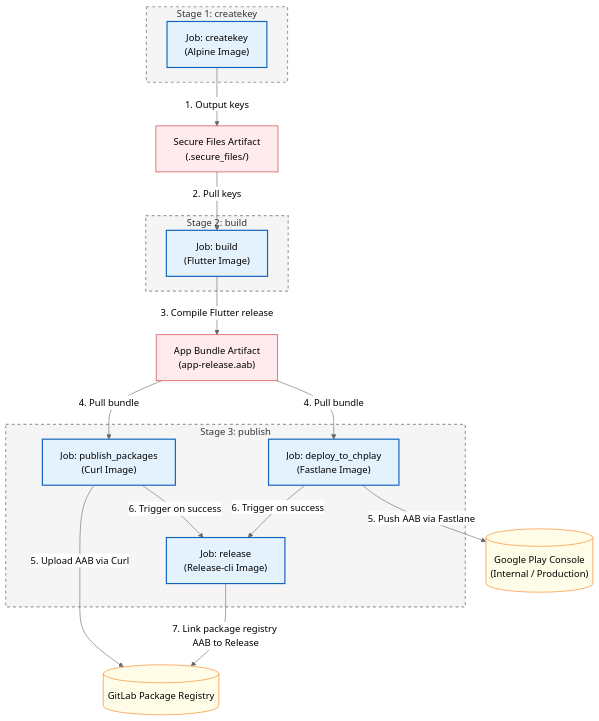
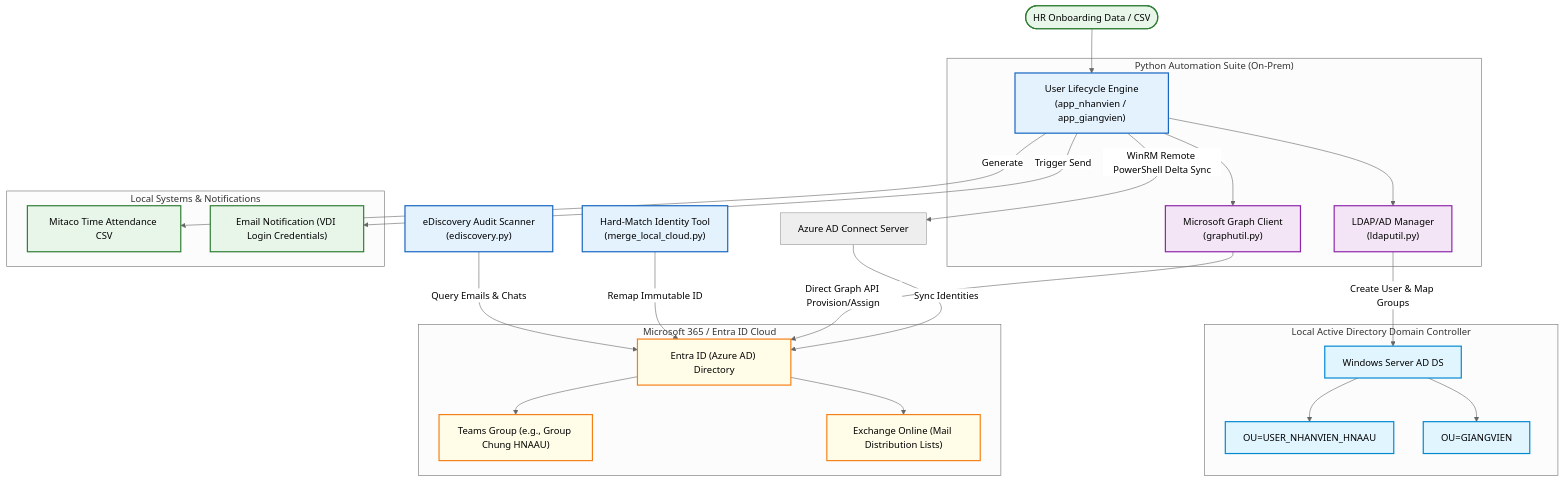
Diagram 13 of 14 in experiment/README.md (tanpham380/tanpham380), drawn with Mermaid (neutral theme) before and after one commit. The commit also changed other lines of this file and 1 other file, not shown here.

Commit message:
refactor: update network topology diagrams and document technical specifications for hybrid MPLS/L2VPN routing and STP loop prevention protocols.

````diff
--- a/experiment/README.md
+++ b/experiment/README.md
@@ -650,48 +1199,57 @@
 ```mermaid
 graph TD
-    classDef stage fill:#f5f5f5,stroke:#9e9e9e,stroke-width:2px,stroke-dasharray: 5 5;
-    classDef job fill:#e3f2fd,stroke:#1565c0,stroke-width:2px;
-    classDef artifact fill:#ffebee,stroke:#c62828,stroke-width:1px;
-    classDef external fill:#fffde7,stroke:#f57f17,stroke-width:1px;
+    classDef engine fill:#e3f2fd,stroke:#1565c0,stroke-width:2px;
+    classDef ldap fill:#e1f5fe,stroke:#0288d1,stroke-width:2px;
+    classDef cloud fill:#fffde7,stroke:#f57f17,stroke-width:2px;
+    classDef script fill:#f3e5f5,stroke:#8e24aa,stroke-width:2px;
+    classDef output fill:#e8f5e9,stroke:#2e7d32,stroke-width:2px;
 
-    subgraph Stage_CreateKey ["Stage 1: createkey"]
-        Job_CreateKey["Job: createkey<br/>(Alpine Image)"]:::job
+    HR_Data([HR Onboarding Data / CSV]):::output
+
+    subgraph Provisioning_Core ["Python Automation Suite (On-Prem)"]
+        Engine["User Lifecycle Engine<br/>(app_nhanvien / app_giangvien)"]:::engine
+        LDAP_Util["LDAP/AD Manager<br/>(ldaputil.py)"]:::script
+        Graph_Util["Microsoft Graph Client<br/>(graphutil.py)"]:::script
     end
 
-    subgraph Stage_Build ["Stage 2: build"]
-        Job_Build["Job: build<br/>(Flutter Image)"]:::job
+    subgraph OnPrem_Directory ["Local Active Directory Domain Controller"]
+        AD_Core["Windows Server AD DS"]:::ldap
+        OU_NhanVien["OU=USER_NHANVIEN_HNAAU"]:::ldap
+        OU_GiangVien["OU=GIANGVIEN"]:::ldap
     end
 
-    subgraph Stage_Publish ["Stage 3: publish"]
-        Job_PublishPkg["Job: publish_packages<br/>(Curl Image)"]:::job
-        Job_DeployPlayStore["Job: deploy_to_chplay<br/>(Fastlane Image)"]:::job
-        Job_CreateRelease["Job: release<br/>(Release-cli Image)"]:::job
+    subgraph Local_Systems ["Local Systems & Notifications"]
+        Mitaco["Mitaco Time Attendance CSV"]:::output
+        Notification["Email Notification (VDI Login Credentials)"]:::output
     end
 
-    %% External Systems & Storage
-    GitLabRegistry[("GitLab Package Registry")]:::external
-    GooglePlay[("Google Play Console<br/>(Internal / Production)")]:::external
+    subgraph M365_Cloud ["Microsoft 365 / Entra ID Cloud"]
+        Entra_ID["Entra ID (Azure AD) Directory"]:::cloud
+        Teams_Group["Teams Group (e.g., Group Chung HNAAU)"]:::cloud
+        Exchange["Exchange Online (Mail Distribution Lists)"]:::cloud
+    end
 
-    %% Artifacts & Files
-    SecureFiles["Secure Files Artifact<br/>(.secure_files/)"]:::artifact
-    AppBundle["App Bundle Artifact<br/>(app-release.aab)"]:::artifact
+    HardMatch["Hard-Match Identity Tool<br/>(merge_local_cloud.py)"]:::engine
+    eDiscovery["eDiscovery Audit Scanner<br/>(ediscovery.py)"]:::engine
 
-    %% Execution Flow
-    Job_CreateKey -->|1. Output keys| SecureFiles
-    SecureFiles -->|2. Pull keys| Job_Build
-    
-    Job_Build -->|3. Compile Flutter release| AppBundle
-    
-    AppBundle -->|4. Pull bundle| Job_PublishPkg
-    AppBundle -->|4. Pull bundle| Job_DeployPlayStore
-    
-    Job_PublishPkg -->|5. Upload AAB via Curl| GitLabRegistry
-    Job_DeployPlayStore -->|5. Push AAB via Fastlane| GooglePlay
-    
-    Job_PublishPkg -->|6. Trigger on success| Job_CreateRelease
-    Job_DeployPlayStore -->|6. Trigger on success| Job_CreateRelease
-    
-    Job_CreateRelease -->|7. Link package registry AAB to Release| GitLabRegistry
-    
-    class Stage_CreateKey,Stage_Build,Stage_Publish stage;
+    %% Flows
+    HR_Data --> Engine
+    Engine --> LDAP_Util
+    LDAP_Util -->|Create User & Map Groups| AD_Core
+    AD_Core --> OU_NhanVien
+    AD_Core --> OU_GiangVien
+
+    Engine -->|Generate| Mitaco
+    Engine -->|Trigger Send| Notification
+
+    Engine -->|WinRM Remote PowerShell Delta Sync| AD_Sync_Server["Azure AD Connect Server"]
+    AD_Sync_Server -->|Sync Identities| Entra_ID
+
+    Engine --> Graph_Util
+    Graph_Util -->|Direct Graph API Provision/Assign| Entra_ID
+    Entra_ID --> Teams_Group
+    Entra_ID --> Exchange
+
+    HardMatch -->|Remap Immutable ID| Entra_ID
+    eDiscovery -->|Query Emails & Chats| Entra_ID
 ```
````
